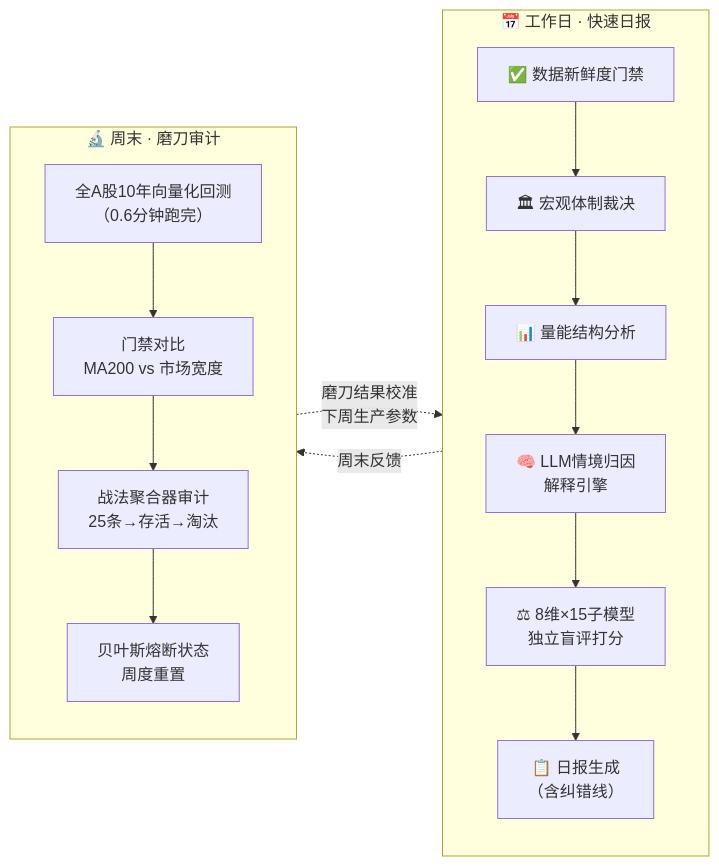
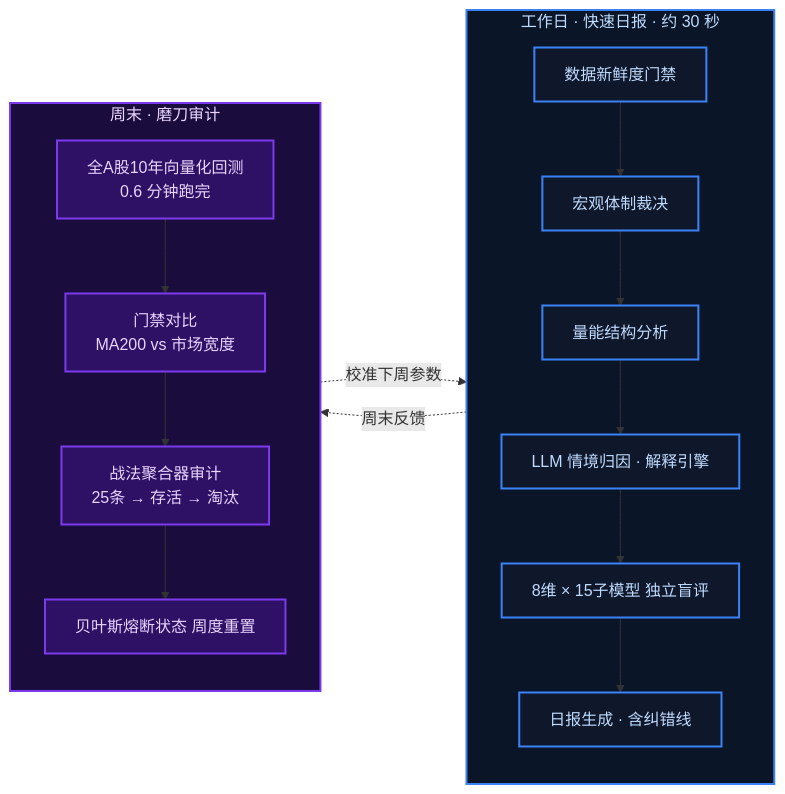
Before and after one commit to ZHENchenghao/tianyan-stock-multiagent: the third of 3 diagrams in README.md, drawn with Mermaid. The commit also changed other lines of this file, not shown here.

Commit message:
三图统一暗色高对比主题

````diff
--- a/README.md
+++ b/README.md
@@ -165,21 +161,27 @@
 ```mermaid
 graph LR
-    subgraph WEEKDAY["📅 工作日 · 快速日报"]
+    subgraph WEEKDAY["工作日 · 快速日报 · 约 30 秒"]
         direction TB
-        D1["✅ 数据新鲜度门禁"] --> D2["🏛 宏观体制裁决"]
-        D2 --> D3["📊 量能结构分析"]
-        D3 --> D4["🧠 LLM情境归因<br/>解释引擎"]
-        D4 --> D5["⚖ 8维×15子模型<br/>独立盲评打分"]
-        D5 --> D6["📋 日报生成<br/>（含纠错线）"]
+        D1["数据新鲜度门禁"]:::w --> D2["宏观体制裁决"]:::w
+        D2 --> D3["量能结构分析"]:::w
+        D3 --> D4["LLM 情境归因 · 解释引擎"]:::w
+        D4 --> D5["8维 × 15子模型 独立盲评"]:::w
+        D5 --> D6["日报生成 · 含纠错线"]:::w
     end
 
-    subgraph WEEKEND["🔬 周末 · 磨刀审计"]
+    subgraph WEEKEND["周末 · 磨刀审计"]
         direction TB
-        W1["全A股10年向量化回测<br/>（0.6分钟跑完）"] --> W2["门禁对比<br/>MA200 vs 市场宽度"]
-        W2 --> W3["战法聚合器审计<br/>25条→存活→淘汰"]
-        W3 --> W4["贝叶斯熔断状态<br/>周度重置"]
+        W1["全A股10年向量化回测<br/>0.6 分钟跑完"]:::v --> W2["门禁对比<br/>MA200 vs 市场宽度"]:::v
+        W2 --> W3["战法聚合器审计<br/>25条 → 存活 → 淘汰"]:::v
+        W3 --> W4["贝叶斯熔断状态 周度重置"]:::v
     end
 
     WEEKDAY -.->|"周末反馈"| WEEKEND
-    WEEKEND -.->|"磨刀结果校准<br/>下周生产参数"| WEEKDAY
+    WEEKEND -.->|"校准下周参数"| WEEKDAY
+
+    classDef w fill:#0f172a,stroke:#3b82f6,color:#bfdbfe,stroke-width:2px
+    classDef v fill:#2e1065,stroke:#7c3aed,color:#e9d5ff,stroke-width:2px
+
+    style WEEKDAY fill:#0a1628,stroke:#3b82f6,color:#bfdbfe,stroke-width:2px
+    style WEEKEND fill:#1a0d3e,stroke:#7c3aed,color:#e9d5ff,stroke-width:2px
 ```
````
